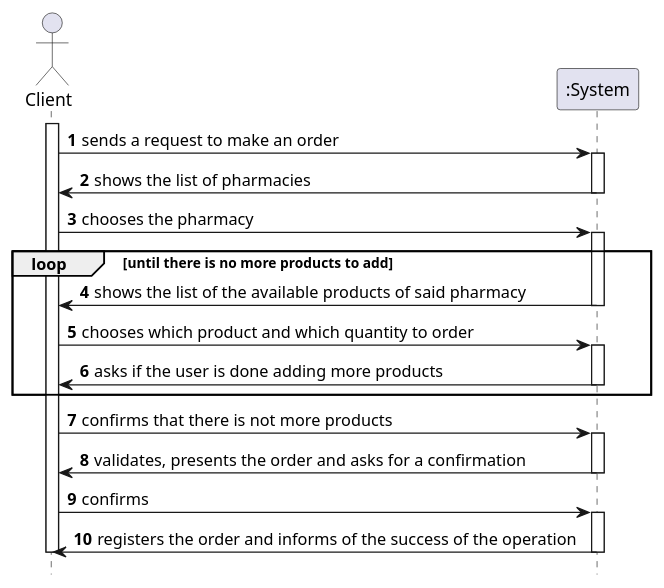
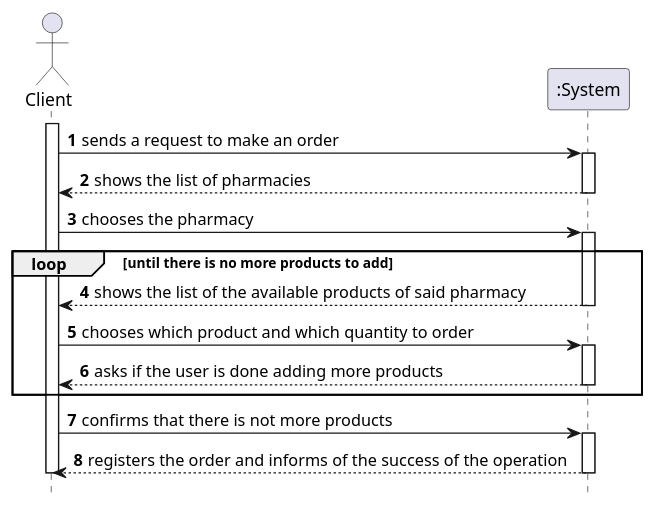
Before and after one commit to tiagoavcosta25/LAPR3: the diagram in docs/Iteration 2/Make An Order/US25_MakeAnOrder/US25_SSD.puml, drawn with PlantUML. The commit also changed 77 other files, not shown here.

```diff
--- a/docs/Iteration 2/Make An Order/US25_MakeAnOrder/US25_SSD.puml
+++ b/docs/Iteration 2/Make An Order/US25_MakeAnOrder/US25_SSD.puml
@@ -1,39 +1,36 @@
 @startuml
 autonumber
 hide footbox
 
 actor "Client" as CL
 participant ":System" as SYST
 
 activate CL
 
 CL -> SYST : sends a request to make an order
 activate SYST
-SYST -> CL : shows the list of pharmacies
+SYST --> CL : shows the list of pharmacies
 deactivate SYST
 
 CL -> SYST : chooses the pharmacy
 activate SYST
 loop until there is no more products to add
-SYST -> CL : shows the list of the available products of said pharmacy
+SYST --> CL : shows the list of the available products of said pharmacy
 deactivate SYST
 
 CL -> SYST : chooses which product and which quantity to order
 activate SYST
-SYST -> CL : asks if the user is done adding more products
+SYST --> CL : asks if the user is done adding more products
 deactivate SYST
 end
 
 CL -> SYST : confirms that there is not more products
 activate SYST
-SYST -> CL : validates, presents the order and asks for a confirmation
-deactivate SYST
 
-CL -> SYST : confirms
-activate SYST
-SYST -> CL : registers the order and informs of the success of the operation
+SYST --> CL : registers the order and informs of the success of the operation
+
 deactivate SYST
 
 deactivate CL
 
 @enduml
```
